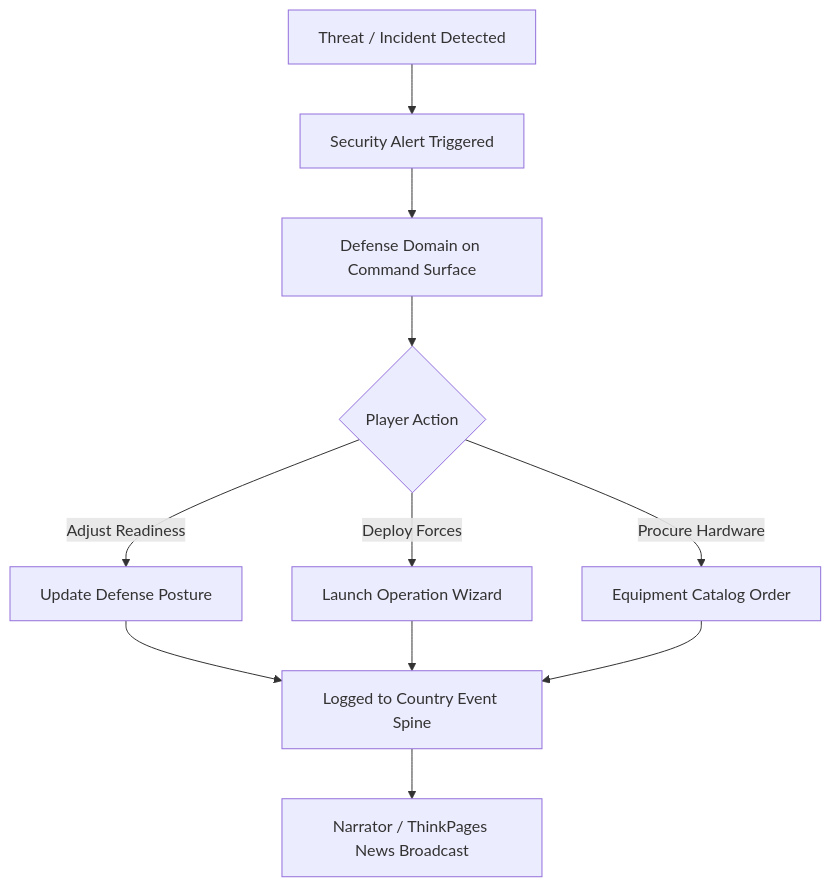
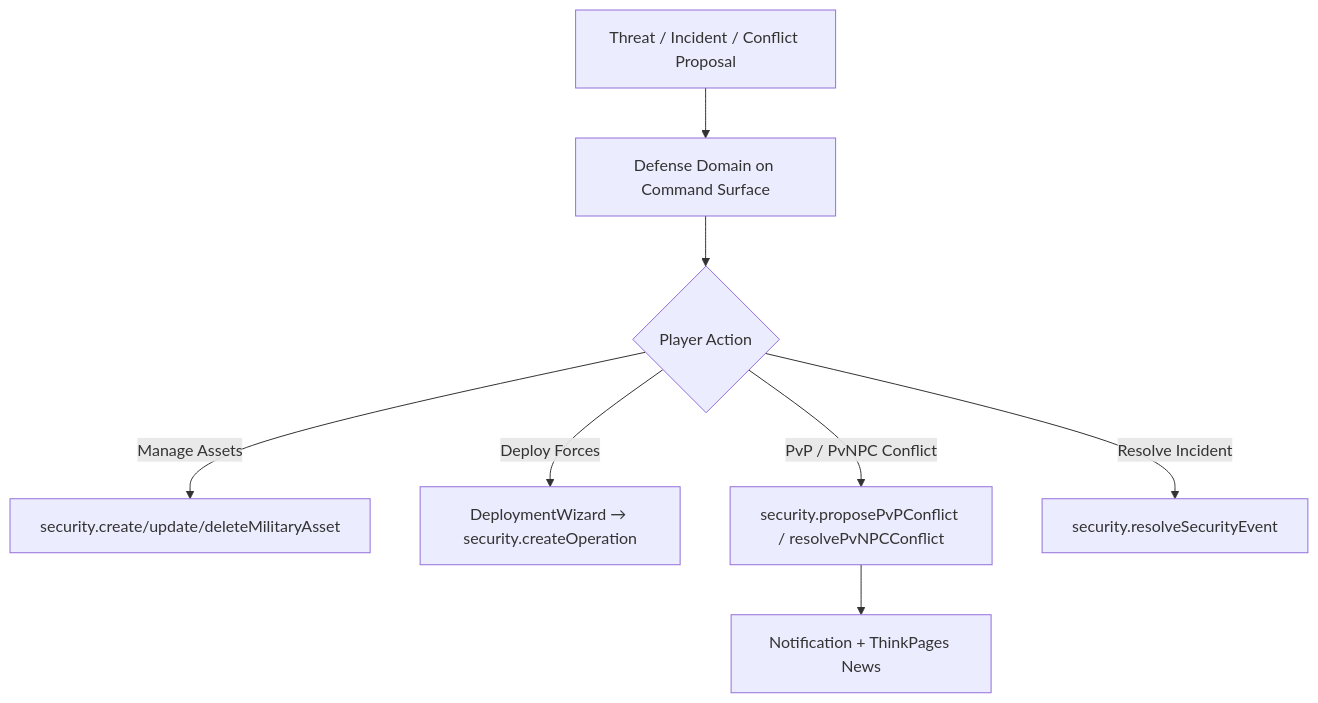
One commit to algolds/ixstats changed the diagram in docs/systems/defense.md. Above: the diagram before and after it, drawn with Mermaid. The commit also changed other lines of this file and 5 other files, not shown here.

````diff
--- a/docs/systems/defense.md
+++ b/docs/systems/defense.md
@@ -46,11 +48,10 @@
 ```mermaid
 graph TD
-    A[Threat / Incident Detected] --> B[Security Alert Triggered]
-    B --> C[Defense Domain on Command Surface]
-    C --> D{Player Action}
-    D -->|Adjust Readiness| E[Update Defense Posture]
-    D -->|Deploy Forces| F[Launch Operation Wizard]
-    D -->|Procure Hardware| G[Equipment Catalog Order]
-    E & F & G --> H[Logged to Country Event Spine]
-    H --> I[Narrator / ThinkPages News Broadcast]
+    A[Threat / Incident / Conflict Proposal] --> B[Defense Domain on Command Surface]
+    B --> C{Player Action}
+    C -->|Manage Assets| D[security.create/update/deleteMilitaryAsset]
+    C -->|Deploy Forces| E[DeploymentWizard → security.createOperation]
+    C -->|PvP / PvNPC Conflict| F[security.proposePvPConflict / resolvePvNPCConflict]
+    C -->|Resolve Incident| G[security.resolveSecurityEvent]
+    F --> H[Notification + ThinkPages News]
 ```
````
